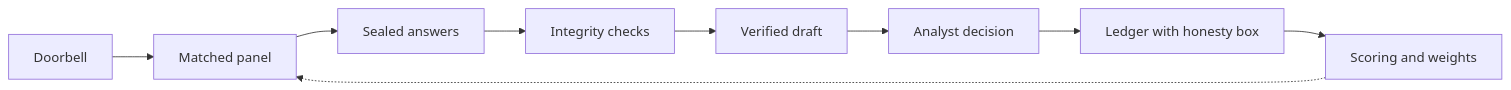
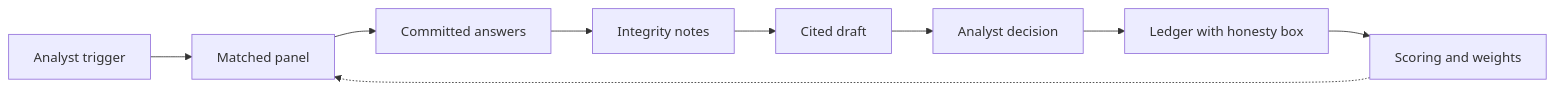
Before and after one commit to shoizuno-cloud/HFG8-ACAPS-Ground-Truth: the diagram in docs/sealed-signals/impact.md, drawn with Mermaid. The commit also changed other lines of this file, not shown here.

````diff
--- a/docs/sealed-signals/impact.md
+++ b/docs/sealed-signals/impact.md
@@ -193,11 +194,11 @@
 ```mermaid
 flowchart LR
-  A[Doorbell] --> B[Matched panel]
-  B --> C[Sealed answers]
-  C --> D[Integrity checks]
-  D --> E[Verified draft]
+  A[Analyst trigger] --> B[Matched panel]
+  B --> C[Committed answers]
+  C --> D[Integrity notes]
+  D --> E[Cited draft]
   E --> F[Analyst decision]
   F --> G[Ledger with honesty box]
   G --> H[Scoring and weights]
   H -.-> B
 ```
````
